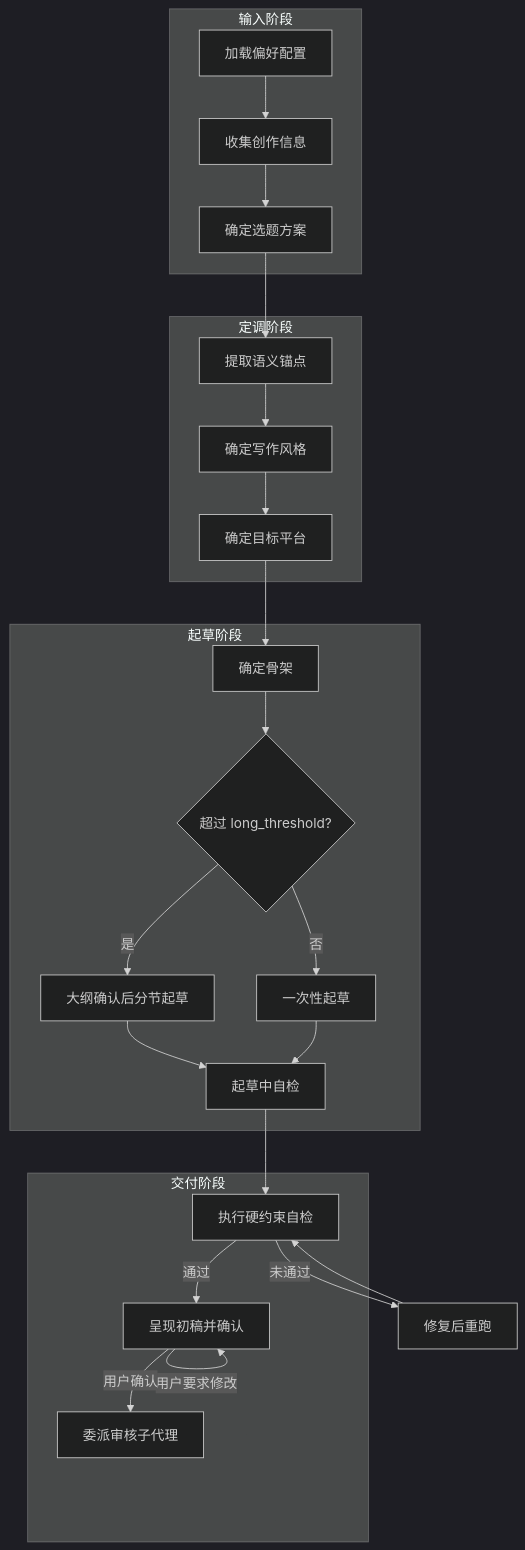
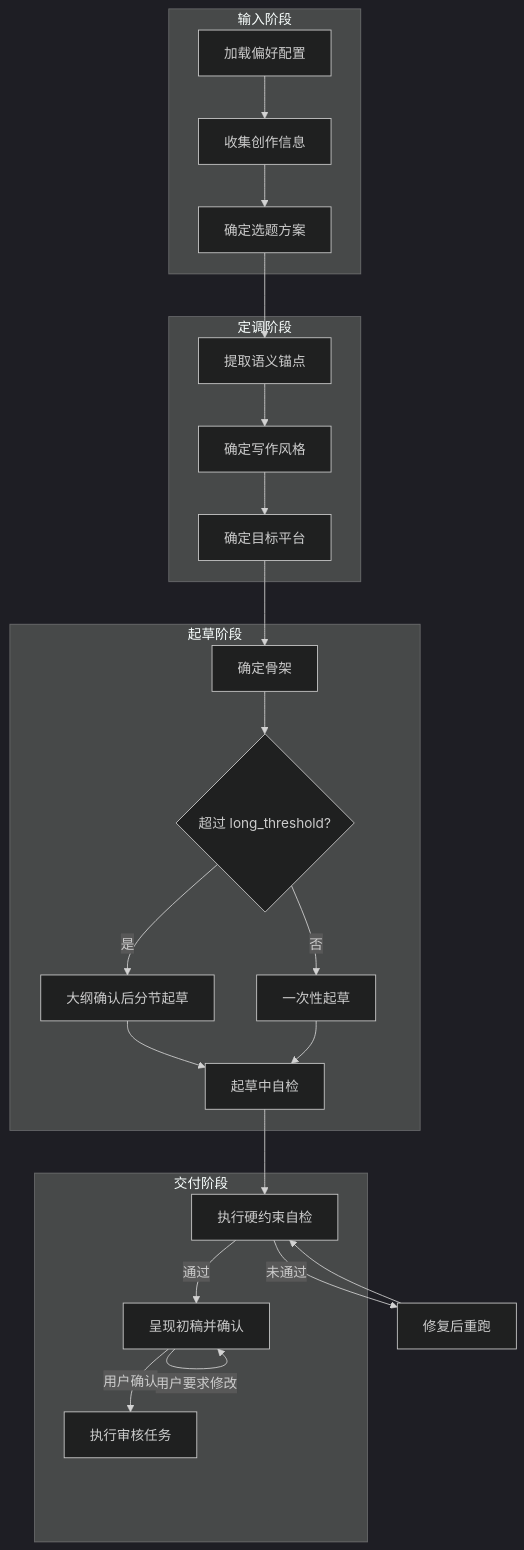
Before and after one commit to AllynYonge/yonge-agent-toolset: the diagram in skills/human-media-writer/references/craft-workflow.md, drawn with Mermaid (dark theme). The commit also changed other lines of this file and 27 other files, not shown here.

````diff
--- a/skills/human-media-writer/references/craft-workflow.md
+++ b/skills/human-media-writer/references/craft-workflow.md
@@ -7,38 +7,38 @@
 ```mermaid
 flowchart TD
     subgraph 输入阶段
         S1[加载偏好配置]
         S2[收集创作信息]
         S3[确定选题方案]
     end
 
     subgraph 定调阶段
         S4[提取语义锚点]
         S5[确定写作风格]
         S6[确定目标平台]
     end
 
     subgraph 起草阶段
         S7A[确定骨架]
         S7B{超过 long_threshold?}
         S7C[大纲确认后分节起草]
         S7D[一次性起草]
         S7E[起草中自检]
     end
 
     subgraph 交付阶段
         S8[执行硬约束自检]
         S9[呈现初稿并确认]
-        S10[委派审核子代理]
+        S10[执行审核任务]
     end
 
     S1 --> S2 --> S3 --> S4 --> S5 --> S6 --> S7A --> S7B
     S7B -->|是| S7C --> S7E
     S7B -->|否| S7D --> S7E
     S7E --> S8
     S8 -->|未通过| S8fix[修复后重跑]
     S8fix --> S8
     S8 -->|通过| S9
     S9 -->|用户要求修改| S9
     S9 -->|用户确认| S10
 ```
````
